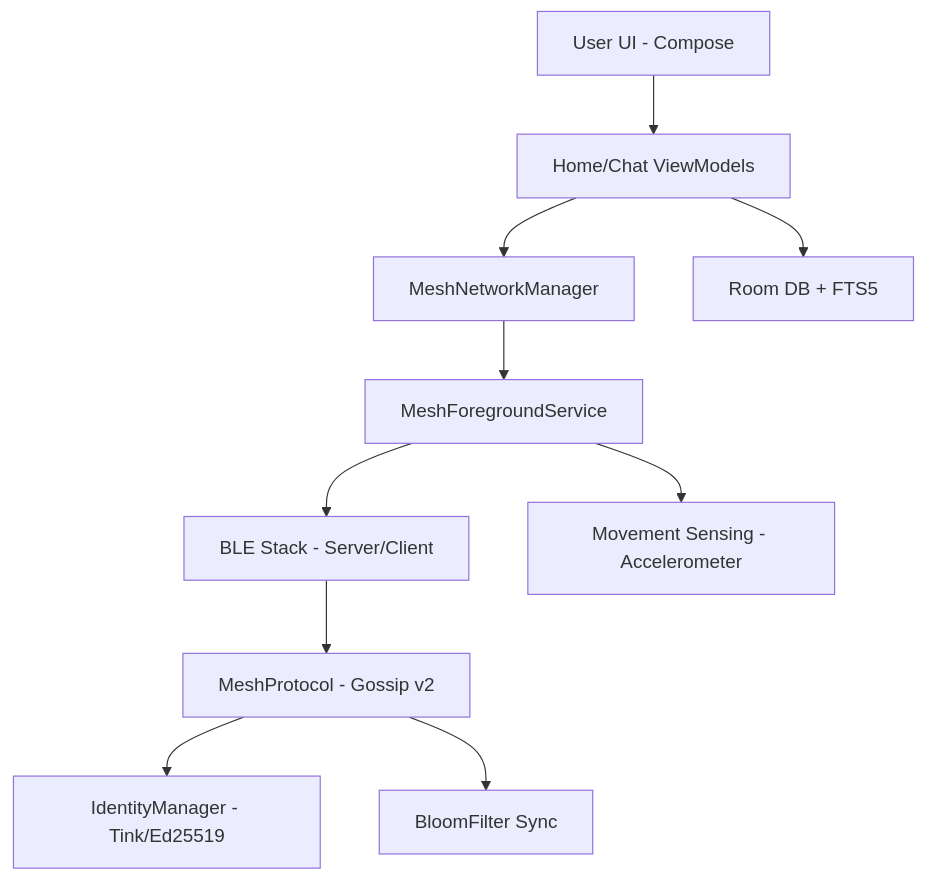
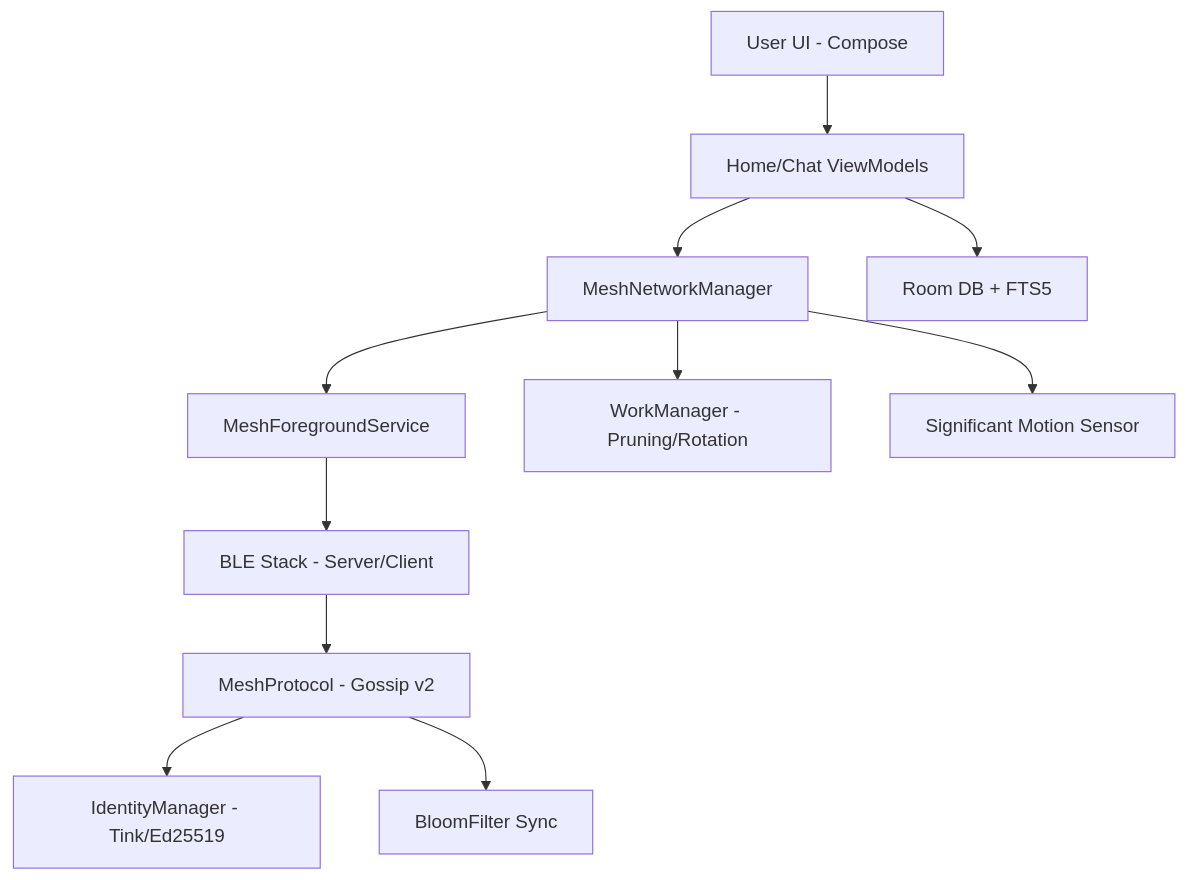
Before and after one commit to inzamol/MeshTalk: the first of 2 diagrams in TECHNICAL_DETAILS.md, drawn with Mermaid. The commit also changed other lines of this file and 23 other files, not shown here.

````diff
--- a/TECHNICAL_DETAILS.md
+++ b/TECHNICAL_DETAILS.md
@@ -7,12 +7,13 @@
 ```mermaid
 graph TD
     A[User UI - Compose] --> B[Home/Chat ViewModels]
     B --> C[MeshNetworkManager]
     C --> D[MeshForegroundService]
     D --> E[BLE Stack - Server/Client]
     E --> F[MeshProtocol - Gossip v2]
     F --> G[IdentityManager - Tink/Ed25519]
     F --> H[BloomFilter Sync]
+    C --> K[WorkManager - Pruning/Rotation]
     B --> I[Room DB + FTS5]
-    D --> J[Movement Sensing - Accelerometer]
+    C --> J[Significant Motion Sensor]
 ```
````
